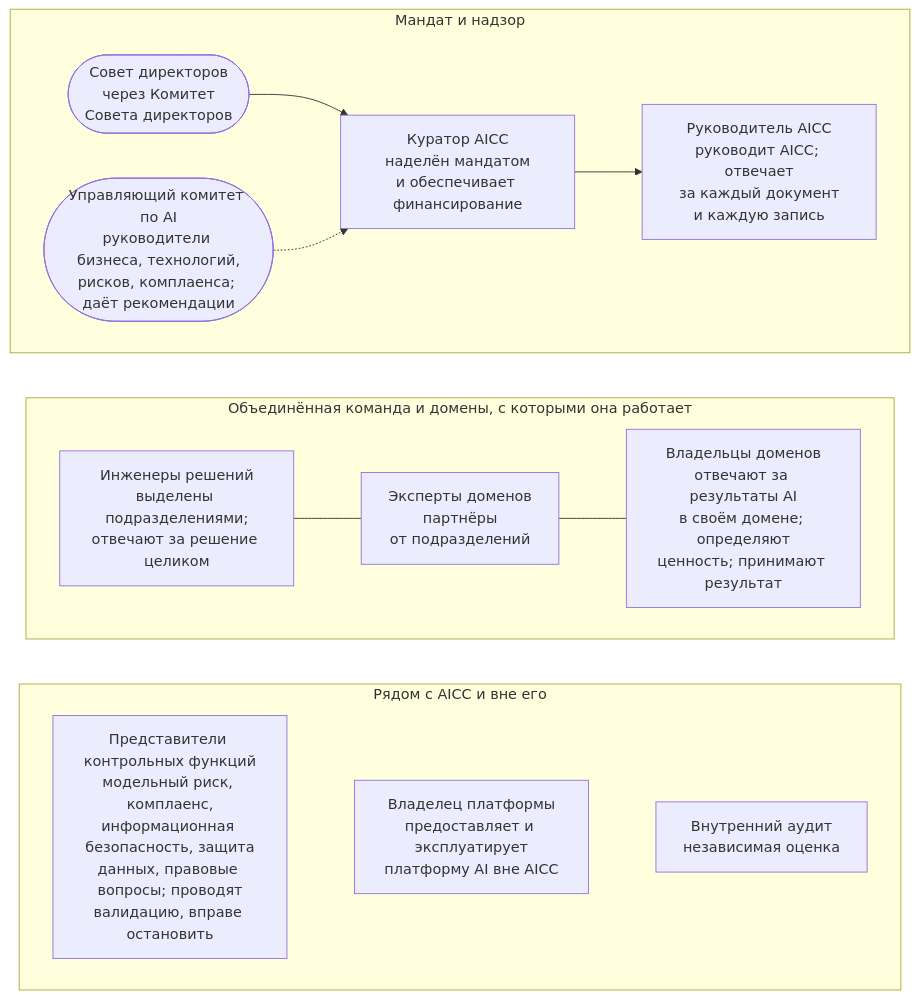
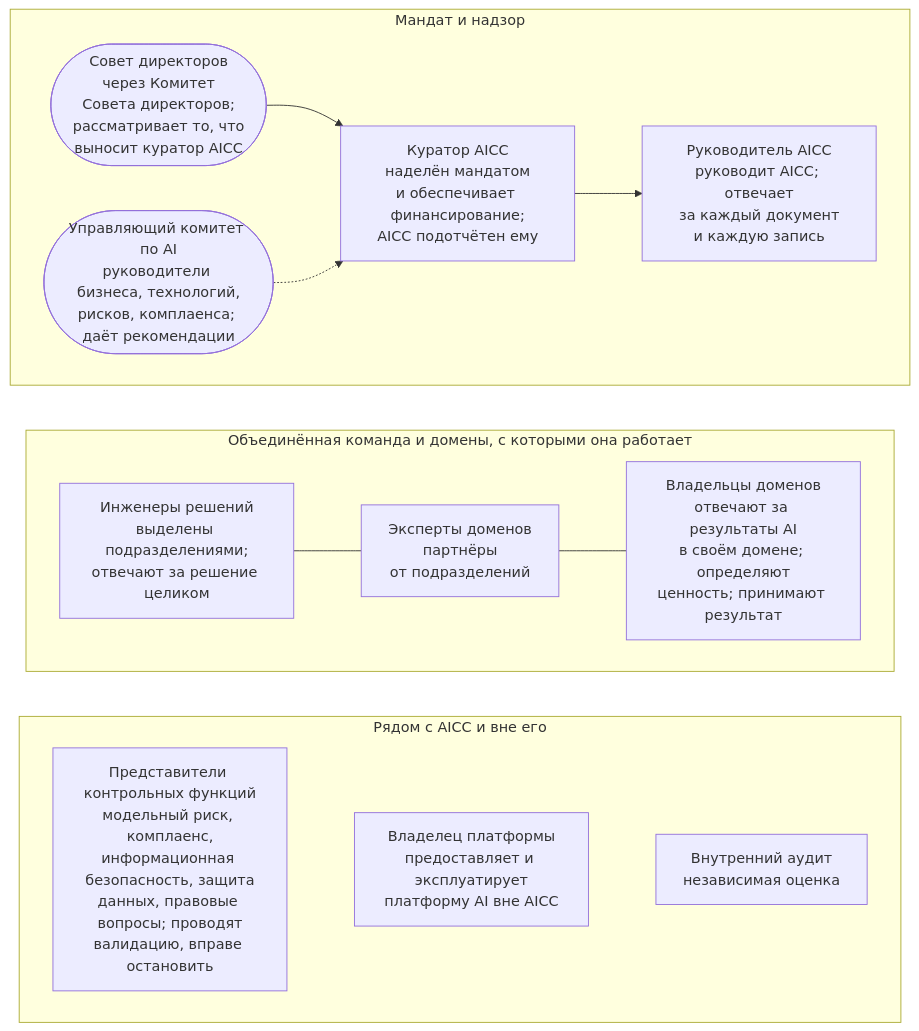
One commit to devhogu/ob-aicc changed the diagram in portal/content/ru/organization/overview.md. Above: the diagram before and after it, drawn with Mermaid. The commit also changed other lines of this file and 150 other files, not shown here.

````diff
--- a/portal/content/ru/organization/overview.md
+++ b/portal/content/ru/organization/overview.md
@@ -13,20 +13,20 @@
 ```mermaid
 flowchart TB
   subgraph TOP["Мандат и надзор"]
     direction LR
-    B(["Совет директоров<br/>через Комитет<br/>Совета директоров"]) --> ES["Куратор AICC<br/>наделён мандатом<br/>и обеспечивает финансирование"]
+    B(["Совет директоров<br/>через Комитет<br/>Совета директоров;<br/>рассматривает то, что<br/>выносит куратор AICC"]) --> ES["Куратор AICC<br/>наделён мандатом<br/>и обеспечивает финансирование;<br/>AICC подотчётен ему"]
     ES --> AL["Руководитель AICC<br/>руководит AICC; отвечает<br/>за каждый документ<br/>и каждую запись"]
     SC(["Управляющий комитет по AI<br/>руководители бизнеса, технологий,<br/>рисков, комплаенса; даёт рекомендации"]) -.-> ES
   end
   subgraph MID["Объединённая команда и домены, с которыми она работает"]
     direction LR
     SE["Инженеры решений<br/>выделены подразделениями;<br/>отвечают за решение целиком"] --- DE["Эксперты доменов<br/>партнёры<br/>от подразделений"]
     DE --- DO["Владельцы доменов<br/>отвечают за результаты AI<br/>в своём домене; определяют<br/>ценность; принимают результат"]
   end
   subgraph SIDE["Рядом с AICC и вне его"]
     direction LR
     CF["Представители контрольных функций<br/>модельный риск, комплаенс,<br/>информационная безопасность, защита<br/>данных, правовые вопросы; проводят<br/>валидацию, вправе остановить"] ~~~ PO["Владелец платформы<br/>предоставляет и эксплуатирует<br/>платформу AI вне AICC"] ~~~ IA["Внутренний аудит<br/>независимая оценка"]
   end
   TOP ~~~ MID
   MID ~~~ SIDE
 ```
````
